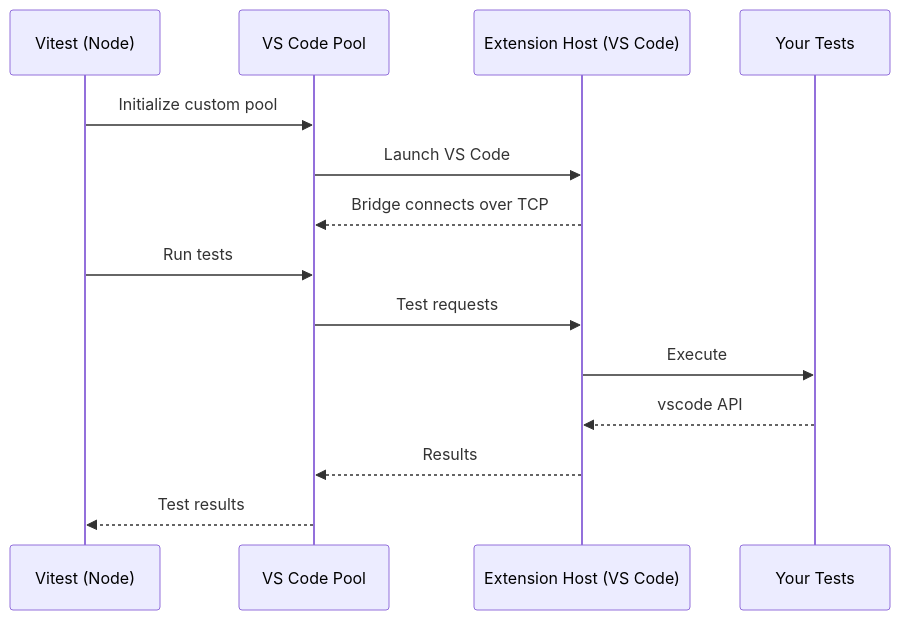
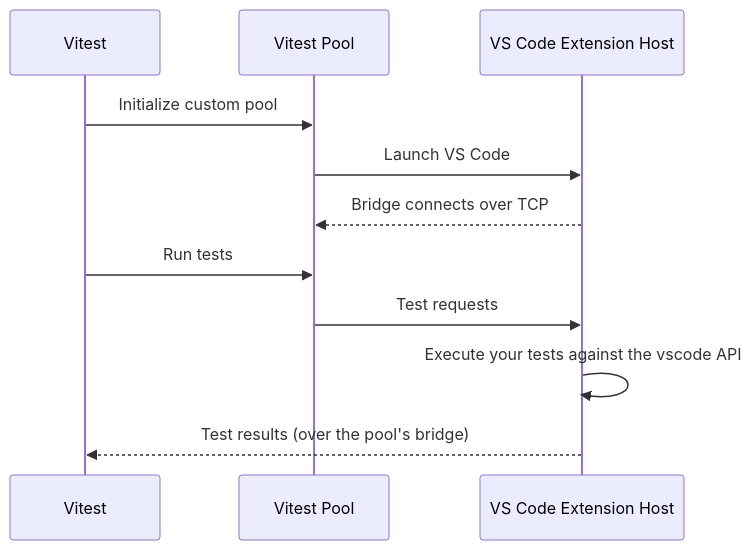
Before and after one commit to Darhagonable/vitest-plugin-vscode: the diagram in README.md, drawn with Mermaid. The commit also changed other lines of this file and 1 other file, not shown here.

````diff
--- a/README.md
+++ b/README.md
@@ -161,17 +175,14 @@
 ```mermaid
 sequenceDiagram
-    participant Vitest as Vitest (Node)
-    participant Pool as VS Code Pool
-    participant Host as Extension Host (VS Code)
-    participant Tests as Your Tests
+    participant Vitest
+    participant Pool as Vitest Pool
+    participant Host as VS Code Extension Host
 
     Vitest->>Pool: Initialize custom pool
     Pool->>Host: Launch VS Code
     Host-->>Pool: Bridge connects over TCP
     Vitest->>Pool: Run tests
     Pool->>Host: Test requests
-    Host->>Tests: Execute
-    Tests-->>Host: vscode API
-    Host-->>Pool: Results
-    Pool-->>Vitest: Test results
+    Host->>Host: Execute your tests against the vscode API
+    Host-->>Vitest: Test results (over the pool's bridge)
 ```
````
